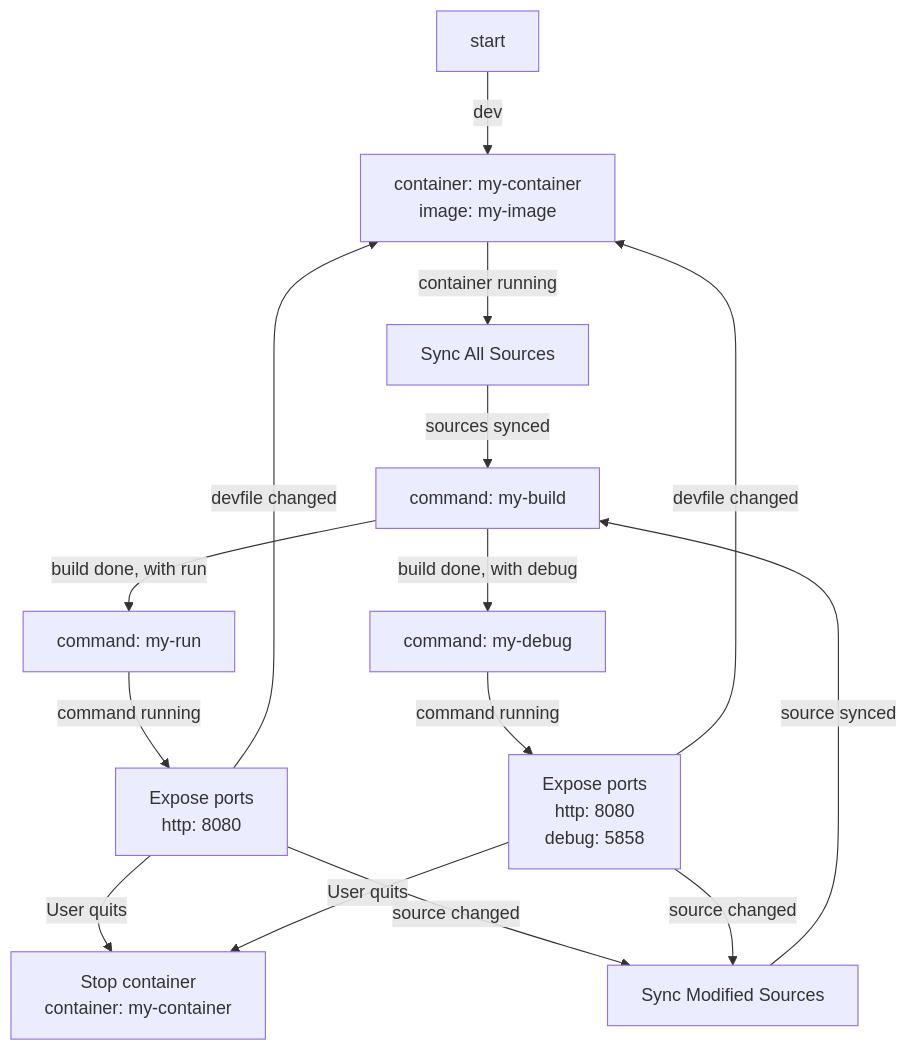
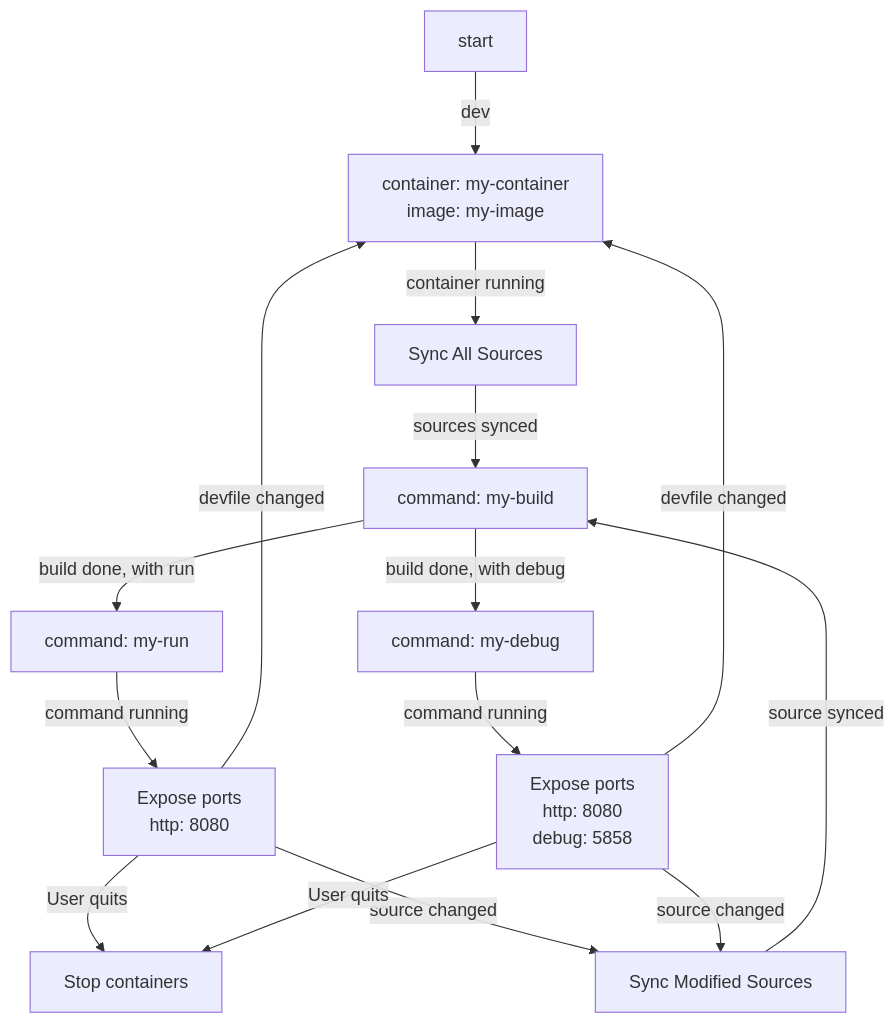
One commit to feloy/devfile-lifecycle changed the diagram in tests/graphs/container-build-run-debug.md. Above: the diagram before and after it, drawn with Mermaid. The commit also changed 12 other files, not shown here.

````diff
--- a/tests/graphs/container-build-run-debug.md
+++ b/tests/graphs/container-build-run-debug.md
@@ -1,27 +1,27 @@
 ```mermaid
 graph TB
 my-container["container: my-container<br/>image: my-image"]
 my-build["command: my-build"]
 my-container-my-debug-expose["Expose ports<br/>http: 8080<br/>debug: 5858"]
 my-container-my-run-expose["Expose ports<br/>http: 8080"]
-my-container-stop["Stop container<br/>container: my-container"]
+my-container-stop["Stop containers"]
 my-debug["command: my-debug"]
 my-run["command: my-run"]
 start["start"]
 sync-all-my-container["Sync All Sources"]
 sync-modified-my-container["Sync Modified Sources"]
 start -->|"dev"| my-container
 my-container -->|"container running"| sync-all-my-container
 sync-all-my-container -->|"sources synced"| my-build
 my-build -->|"build done, with run"| my-run
 my-run -->|"command running"| my-container-my-run-expose
 my-container-my-run-expose -->|"User quits"| my-container-stop
 my-container-my-run-expose -->|"source changed"| sync-modified-my-container
 sync-modified-my-container -->|"source synced"| my-build
 my-container-my-run-expose -->|"devfile changed"| my-container
 my-build -->|"build done, with debug"| my-debug
 my-debug -->|"command running"| my-container-my-debug-expose
 my-container-my-debug-expose -->|"User quits"| my-container-stop
 my-container-my-debug-expose -->|"source changed"| sync-modified-my-container
 my-container-my-debug-expose -->|"devfile changed"| my-container
 ```
````
